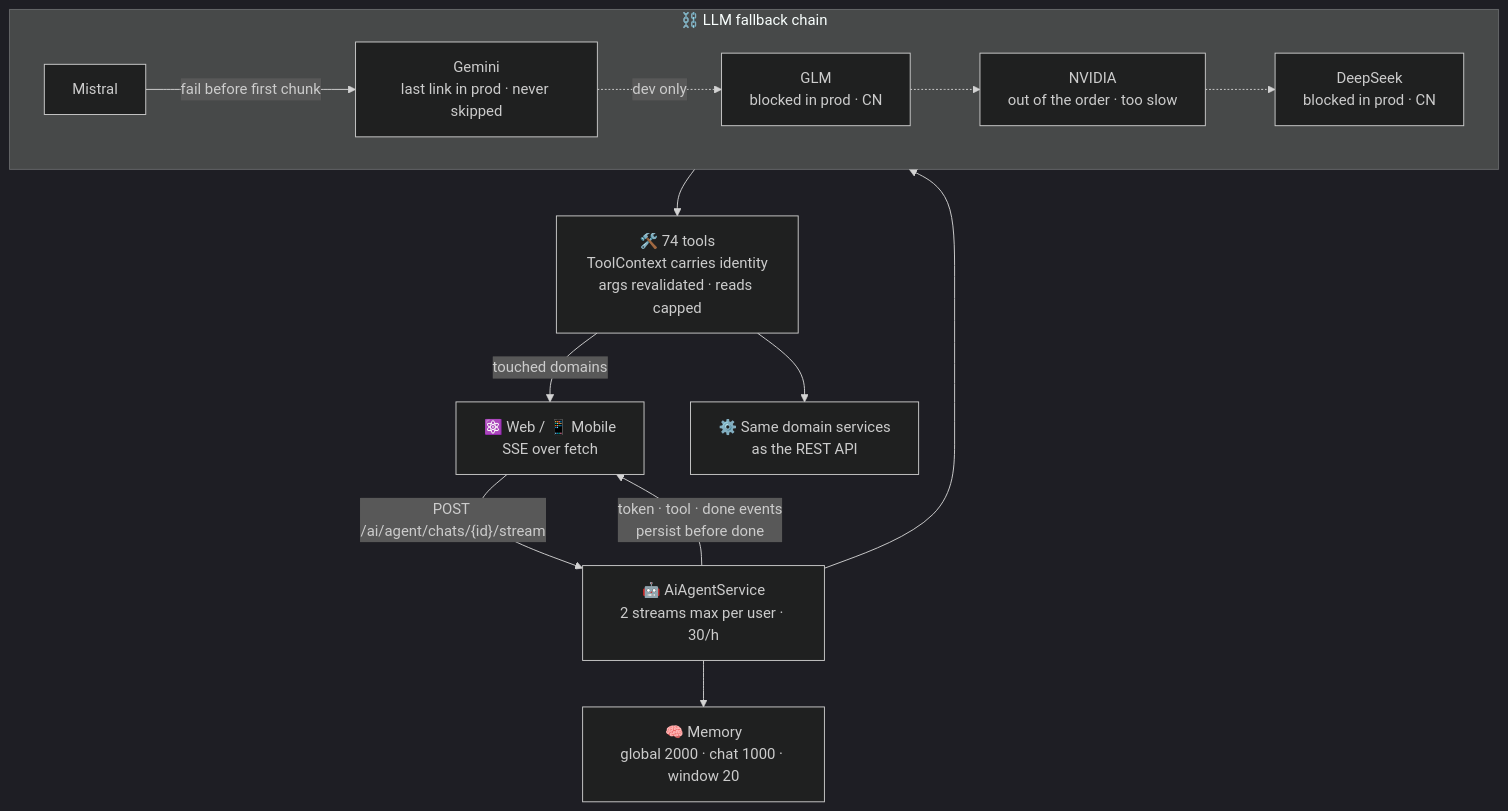
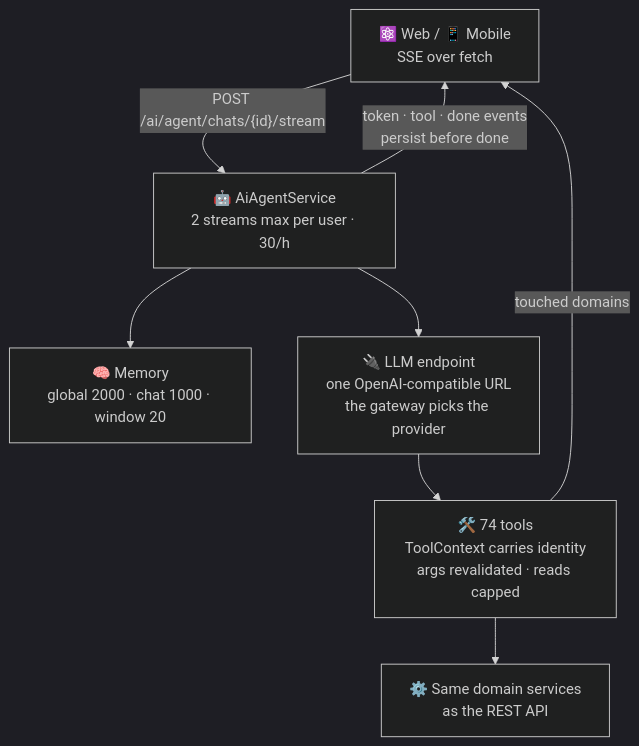
The diagram in architecture/ai-agent/diagram.mmd (AndDev741/Beyou-arch-design), drawn with Mermaid (dark theme) before and after one commit. The commit also changed 18 other files, not shown here.

First line of the commit message:
docs(ai-agent): one LLM endpoint replaces the backend fallback chain

```diff
--- a/architecture/ai-agent/diagram.mmd
+++ b/architecture/ai-agent/diagram.mmd
@@ -1,19 +1,12 @@
 flowchart TD
   C["⚛️ Web / 📱 Mobile<br/>SSE over fetch"]
   C -->|"POST /ai/agent/chats/{id}/stream"| SVC["🤖 AiAgentService<br/>2 streams max per user · 30/h"]
 
   SVC --> MEM["🧠 Memory<br/>global 2000 · chat 1000 · window 20"]
-  SVC --> CHAIN["⛓️ Fallback chain"]
+  SVC --> LLM["🔌 LLM endpoint<br/>one OpenAI-compatible URL<br/>the gateway picks the provider"]
 
-  subgraph CHAIN["⛓️ LLM fallback chain"]
-    P1["Mistral"] -->|"fail before first chunk"| P2["Gemini<br/>last link in prod · never skipped"]
-    P2 -.->|"dev only"| P3["GLM<br/>blocked in prod · CN"]
-    P3 -.-> P4["NVIDIA<br/>out of the order · too slow"]
-    P4 -.-> P5["DeepSeek<br/>blocked in prod · CN"]
-  end
-
-  CHAIN --> TOOLS["🛠️ 74 tools<br/>ToolContext carries identity<br/>args revalidated · reads capped"]
+  LLM --> TOOLS["🛠️ 74 tools<br/>ToolContext carries identity<br/>args revalidated · reads capped"]
   TOOLS --> DOM["⚙️ Same domain services<br/>as the REST API"]
 
   SVC -->|"token · tool · done events<br/>persist before done"| C
   TOOLS -->|"touched domains"| C
```
